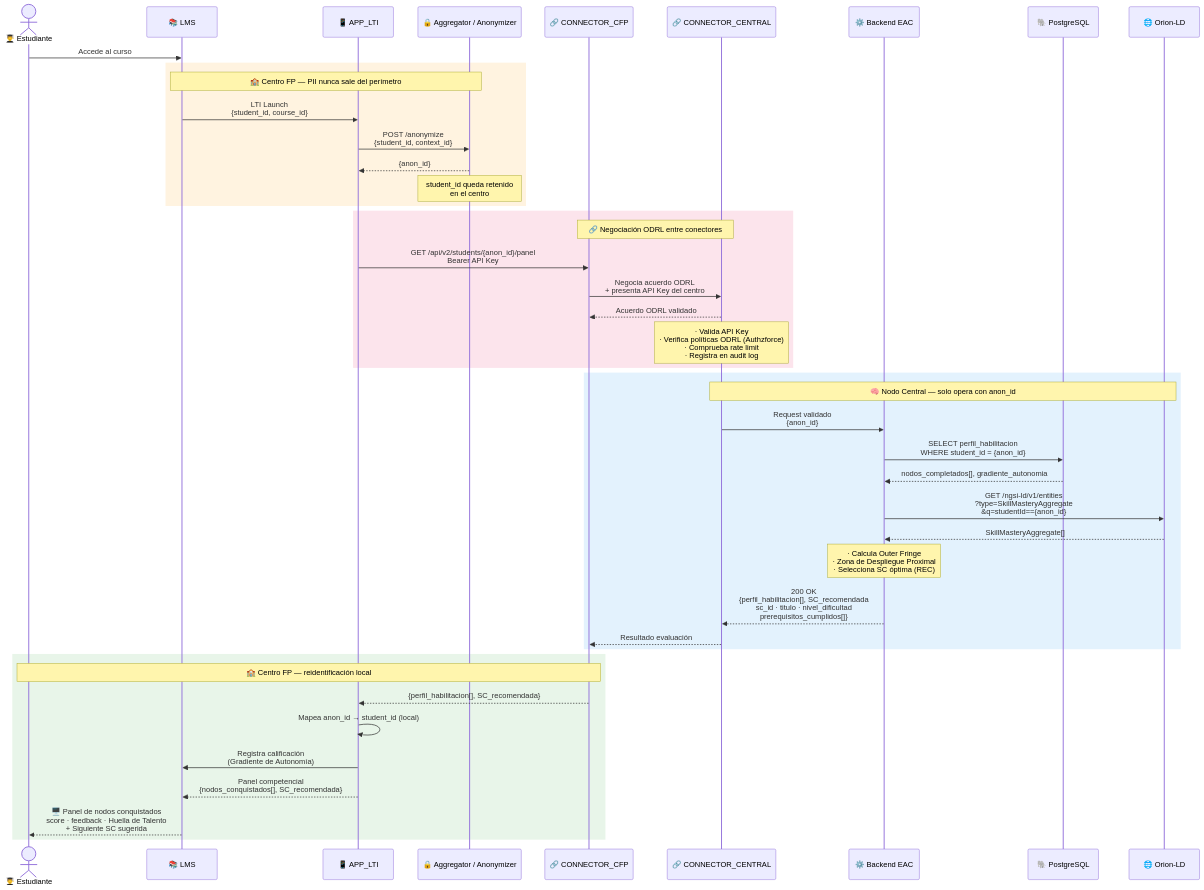
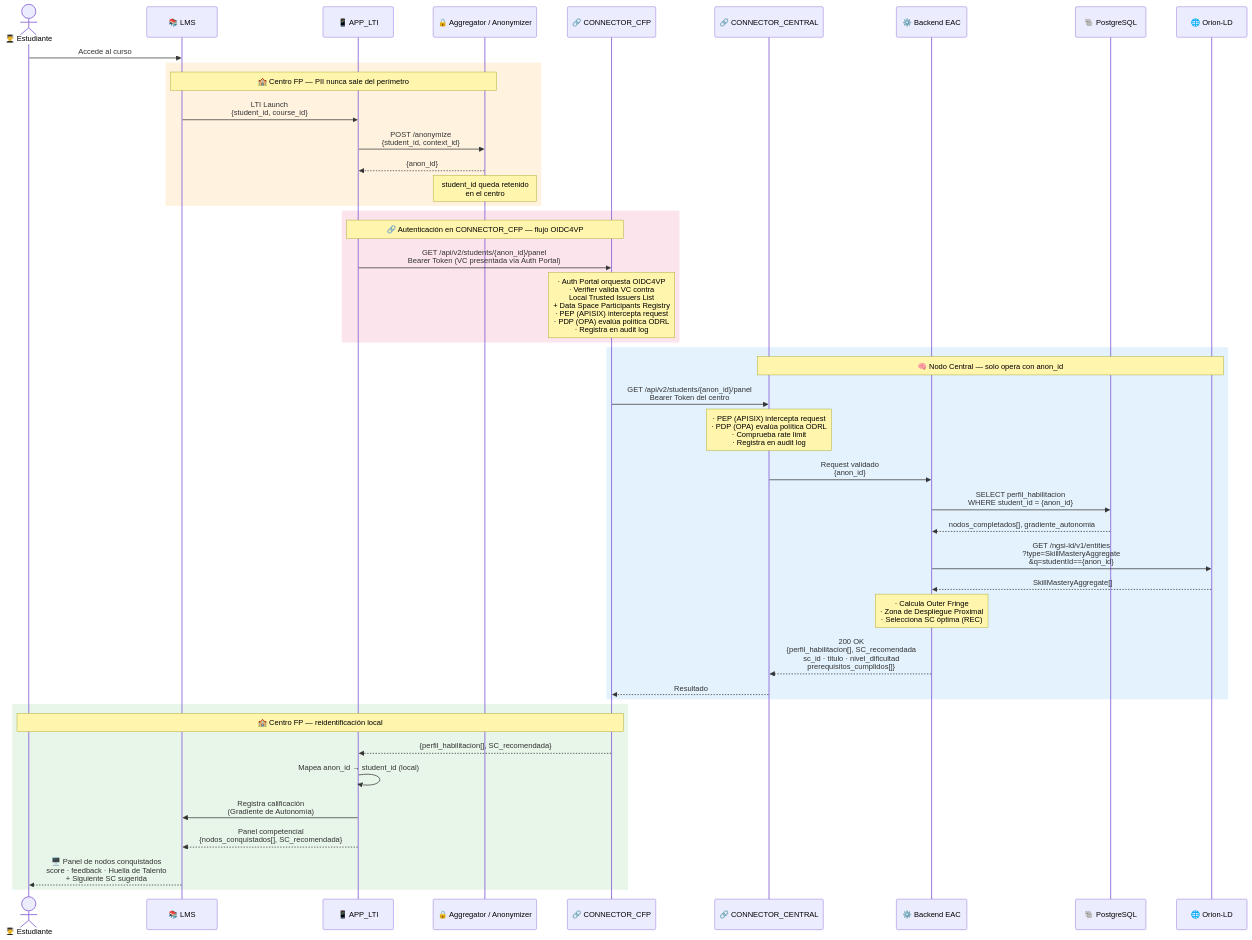
Before and after one commit to C3-VFDS/use_case_pkst: the first of 3 diagrams in 054-diagramas-secuencias.md, drawn with Mermaid. The commit also changed other lines of this file and 4 other files, not shown here.

Commit message:
Actualizando los diagramas a la arquitectura

````diff
--- a/054-diagramas-secuencias.md
+++ b/054-diagramas-secuencias.md
@@ -5,59 +5,59 @@
 ```mermaid
 sequenceDiagram
     actor STUDENT as 👨‍🎓 Estudiante
     participant LMS as 📚 LMS
     participant APP_LTI as 📱 APP_LTI
     participant ANON as 🔒 Aggregator / Anonymizer
     participant CONNECTOR_CFP as 🔗 CONNECTOR_CFP
     participant CONNECTOR_CENTRAL as 🔗 CONNECTOR_CENTRAL
     participant EAC as ⚙️ Backend EAC
     participant POSTGRES_C as 🐘 PostgreSQL
     participant ORIONLD as 🌐 Orion-LD
 
     STUDENT->>LMS: Accede al curso
 
     rect rgb(255, 243, 224)
         Note over LMS,ANON: 🏫 Centro FP — PII nunca sale del perímetro
 
         LMS->>APP_LTI: LTI Launch<br/>{student_id, course_id}
         APP_LTI->>ANON: POST /anonymize<br/>{student_id, context_id}
         ANON-->>APP_LTI: {anon_id}
         Note over ANON: student_id queda retenido<br/>en el centro
     end
 
     rect rgb(252, 228, 236)
-        Note over CONNECTOR_CFP,CONNECTOR_CENTRAL: 🔗 Negociación ODRL entre conectores
+        Note over APP_LTI,CONNECTOR_CFP: 🔗 Autenticación en CONNECTOR_CFP — flujo OIDC4VP
 
-        APP_LTI->>CONNECTOR_CFP: GET /api/v2/students/{anon_id}/panel<br/>Bearer API Key
-        CONNECTOR_CFP->>CONNECTOR_CENTRAL: Negocia acuerdo ODRL<br/>+ presenta API Key del centro
-        CONNECTOR_CENTRAL-->>CONNECTOR_CFP: Acuerdo ODRL validado
-        Note over CONNECTOR_CENTRAL: · Valida API Key<br/>· Verifica políticas ODRL (Authzforce)<br/>· Comprueba rate limit<br/>· Registra en audit log
+        APP_LTI->>CONNECTOR_CFP: GET /api/v2/students/{anon_id}/panel<br/>Bearer Token (VC presentada vía Auth Portal)
+        Note over CONNECTOR_CFP: · Auth Portal orquesta OIDC4VP<br/>· Verifier valida VC contra<br/>  Local Trusted Issuers List<br/>  + Data Space Participants Registry<br/>· PEP (APISIX) intercepta request<br/>· PDP (OPA) evalúa política ODRL<br/>· Registra en audit log
     end
 
     rect rgb(227, 242, 253)
         Note over CONNECTOR_CENTRAL,ORIONLD: 🧠 Nodo Central — solo opera con anon_id
 
+        CONNECTOR_CFP->>CONNECTOR_CENTRAL: GET /api/v2/students/{anon_id}/panel<br/>Bearer Token del centro
+        Note over CONNECTOR_CENTRAL: · PEP (APISIX) intercepta request<br/>· PDP (OPA) evalúa política ODRL<br/>· Comprueba rate limit<br/>· Registra en audit log
         CONNECTOR_CENTRAL->>EAC: Request validado<br/>{anon_id}
 
         EAC->>POSTGRES_C: SELECT perfil_habilitacion<br/>WHERE student_id = {anon_id}
         POSTGRES_C-->>EAC: nodos_completados[], gradiente_autonomia
 
         EAC->>ORIONLD: GET /ngsi-ld/v1/entities<br/>?type=SkillMasteryAggregate<br/>&q=studentId=={anon_id}
         ORIONLD-->>EAC: SkillMasteryAggregate[]
 
         Note over EAC: · Calcula Outer Fringe<br/>· Zona de Despliegue Proximal<br/>· Selecciona SC óptima (REC)
 
         EAC-->>CONNECTOR_CENTRAL: 200 OK<br/>{perfil_habilitacion[], SC_recomendada<br/>sc_id · titulo · nivel_dificultad<br/>prerequisitos_cumplidos[]}
-        CONNECTOR_CENTRAL-->>CONNECTOR_CFP: Resultado evaluación
+        CONNECTOR_CENTRAL-->>CONNECTOR_CFP: Resultado
     end
 
     rect rgb(232, 245, 233)
         Note over CONNECTOR_CFP,STUDENT: 🏫 Centro FP — reidentificación local
 
         CONNECTOR_CFP-->>APP_LTI: {perfil_habilitacion[], SC_recomendada}
         APP_LTI->>APP_LTI: Mapea anon_id → student_id (local)
         APP_LTI->>LMS: Registra calificación<br/>(Gradiente de Autonomía)
         APP_LTI-->>LMS: Panel competencial<br/>{nodos_conquistados[], SC_recomendada}
         LMS-->>STUDENT: 🖥️ Panel de nodos conquistados<br/>score · feedback · Huella de Talento<br/>+ Siguiente SC sugerida
     end
 ```
````
